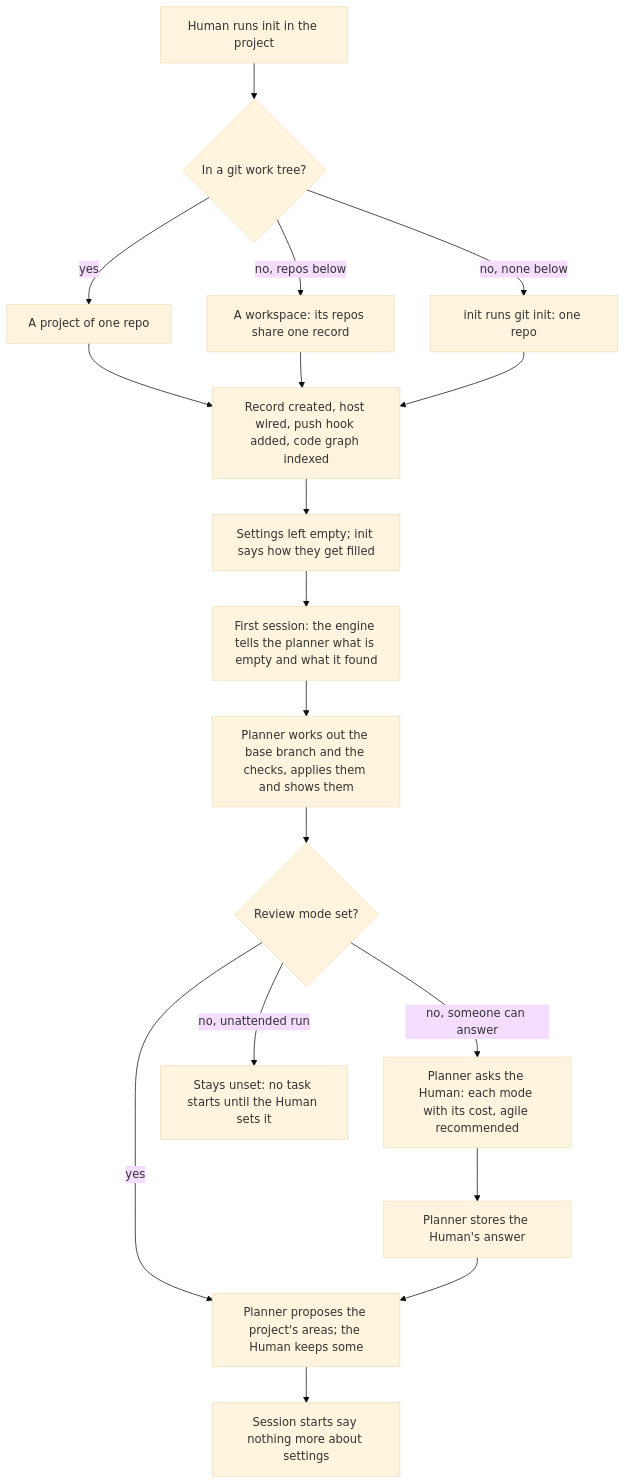
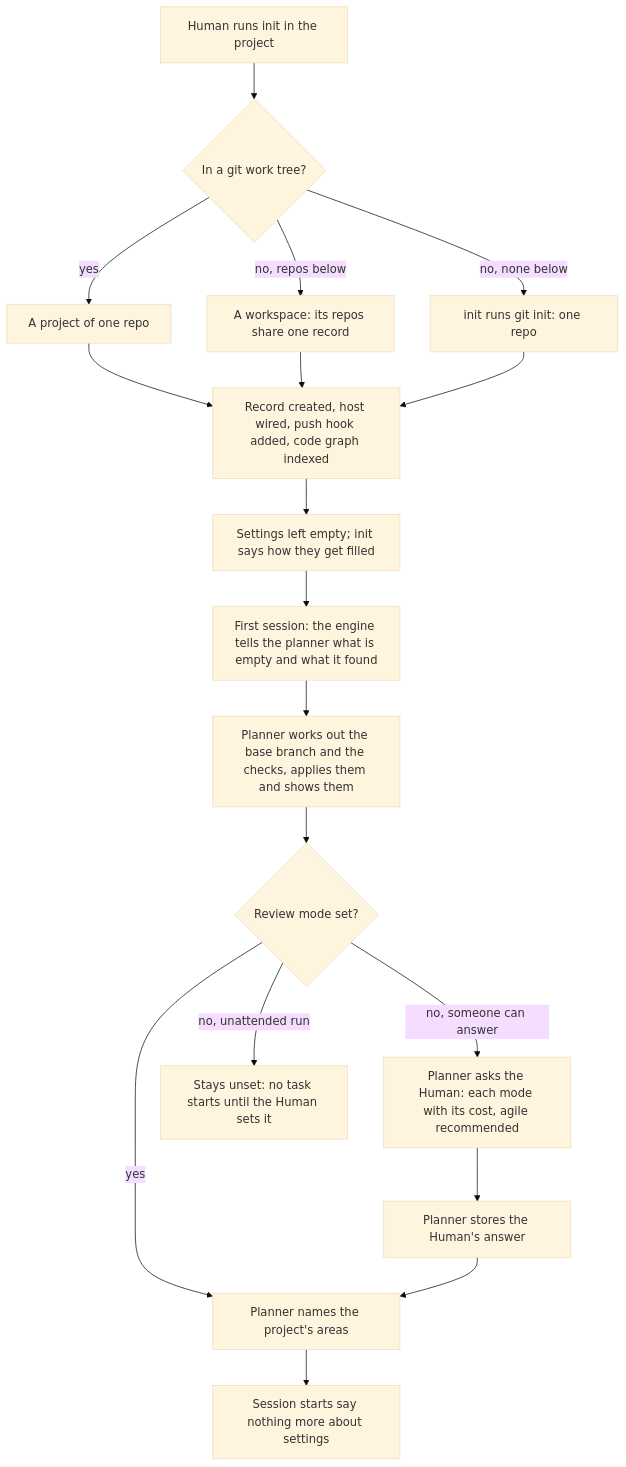
The first of 2 diagrams in docs/flows/2_ONBOARD.md (trustmybot/tmb), drawn with Mermaid (base theme) before and after one commit. The commit also changed other lines of this file and 8 other files, not shown here.

````diff
--- a/docs/flows/2_ONBOARD.md
+++ b/docs/flows/2_ONBOARD.md
@@ -5,20 +5,20 @@
 ```mermaid
 flowchart TD
     A[Human runs init in the project] --> B{In a git work tree?}
     B -- yes --> P1[A project of one repo]
     B -- "no, repos below" --> P2[A workspace: its repos share one record]
     B -- "no, none below" --> P3[init runs git init: one repo]
     P1 --> C[Record created, host wired, push hook added, code graph indexed]
     P2 --> C
     P3 --> C
     C --> D[Settings left empty; init says how they get filled]
     D --> E[First session: the engine tells the planner what is empty and what it found]
     E --> F[Planner works out the base branch and the checks, applies them and shows them]
     F --> G{Review mode set?}
     G -- yes --> J
     G -- "no, someone can answer" --> H[Planner asks the Human: each mode with its cost, agile recommended]
     H --> I[Planner stores the Human's answer]
-    I --> J[Planner proposes the project's areas; the Human keeps some]
+    I --> J[Planner names the project's areas]
     G -- "no, unattended run" --> X[Stays unset: no task starts until the Human sets it]
     J --> K[Session starts say nothing more about settings]
 ```
````
